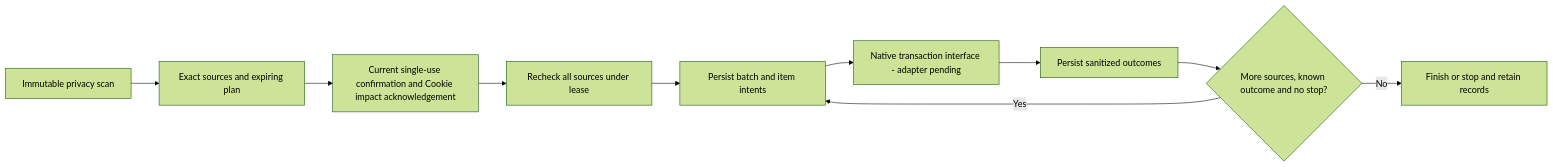
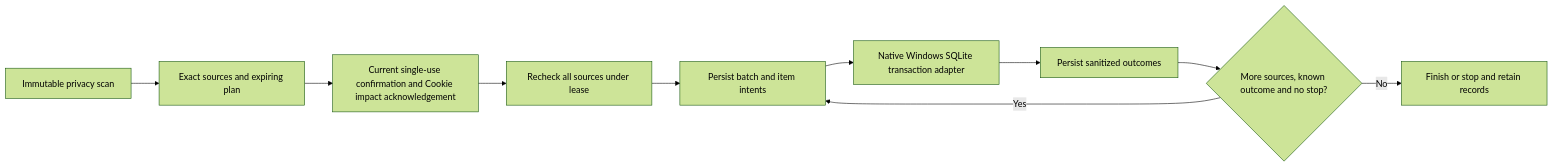
One commit to limecloud/shou changed the first of 7 diagrams in docs/engineering/privacy-cleaning.md. Above: the diagram before and after it, drawn with Mermaid (forest theme). The commit also changed other lines of this file and 167 other files, not shown here.

````diff
--- a/docs/engineering/privacy-cleaning.md
+++ b/docs/engineering/privacy-cleaning.md
@@ -26,12 +28,12 @@
 ```mermaid
 flowchart LR
     Scan[Immutable privacy scan] --> Plan[Exact sources and expiring plan]
     Plan --> Consent[Current single-use confirmation and Cookie impact acknowledgement]
     Consent --> Preflight[Recheck all sources under lease]
     Preflight --> Intent[Persist batch and item intents]
-    Intent --> Native[Native transaction interface - adapter pending]
+    Intent --> Native[Native Windows SQLite transaction adapter]
     Native --> Receipt[Persist sanitized outcomes]
     Receipt --> Next{More sources, known outcome and no stop?}
     Next -->|Yes| Intent
     Next -->|No| Stop[Finish or stop and retain records]
 ```
````
